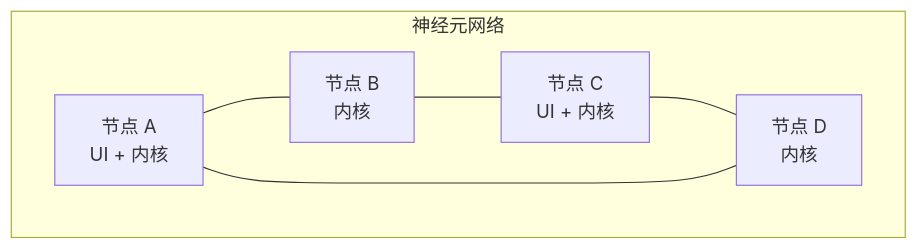
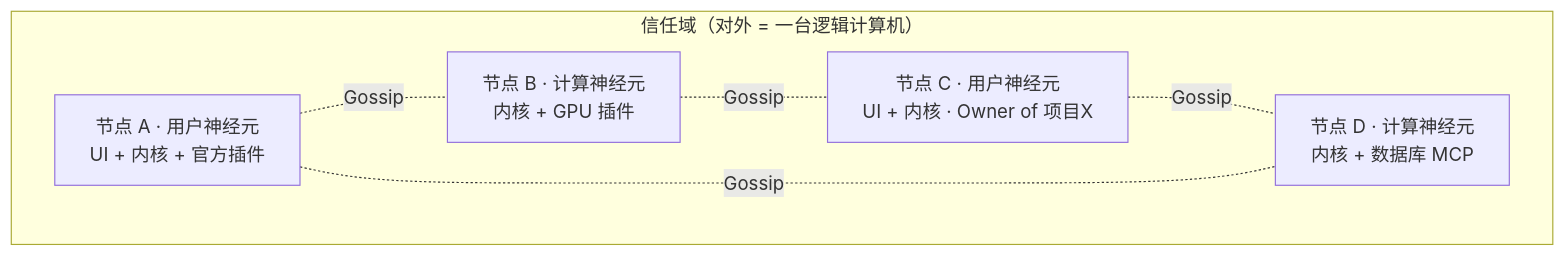
The first of 2 diagrams in docs/白皮书.md (ChenXu233/neuralswarm-code), drawn with Mermaid before and after one commit. The commit also changed other lines of this file and 4 other files, not shown here.

First line of the commit message:
📝 docs: rewrite architecture docs to v2.0 decentralized design

````diff
--- a/docs/白皮书.md
+++ b/docs/白皮书.md
@@ -53,14 +89,13 @@
 ```mermaid
 graph TD
-    subgraph 神经元网络
-        N1[节点 A<br/>UI + 内核]
-        N2[节点 B<br/>内核]
-        N3[节点 C<br/>UI + 内核]
-        N4[节点 D<br/>内核]
+    subgraph 信任域["信任域（对外 = 一台逻辑计算机）"]
+        N1["节点 A · 用户神经元<br/>UI + 内核 + 官方插件"]
+        N2["节点 B · 计算神经元<br/>内核 + GPU 插件"]
+        N3["节点 C · 用户神经元<br/>UI + 内核 · Owner of 项目X"]
+        N4["节点 D · 计算神经元<br/>内核 + 数据库 MCP"]
     end
-
-    N1 --- N2
-    N2 --- N3
-    N3 --- N4
-    N1 --- N4
+    N1 -.Gossip.- N2
+    N2 -.Gossip.- N3
+    N3 -.Gossip.- N4
+    N1 -.Gossip.- N4
 ```
````
